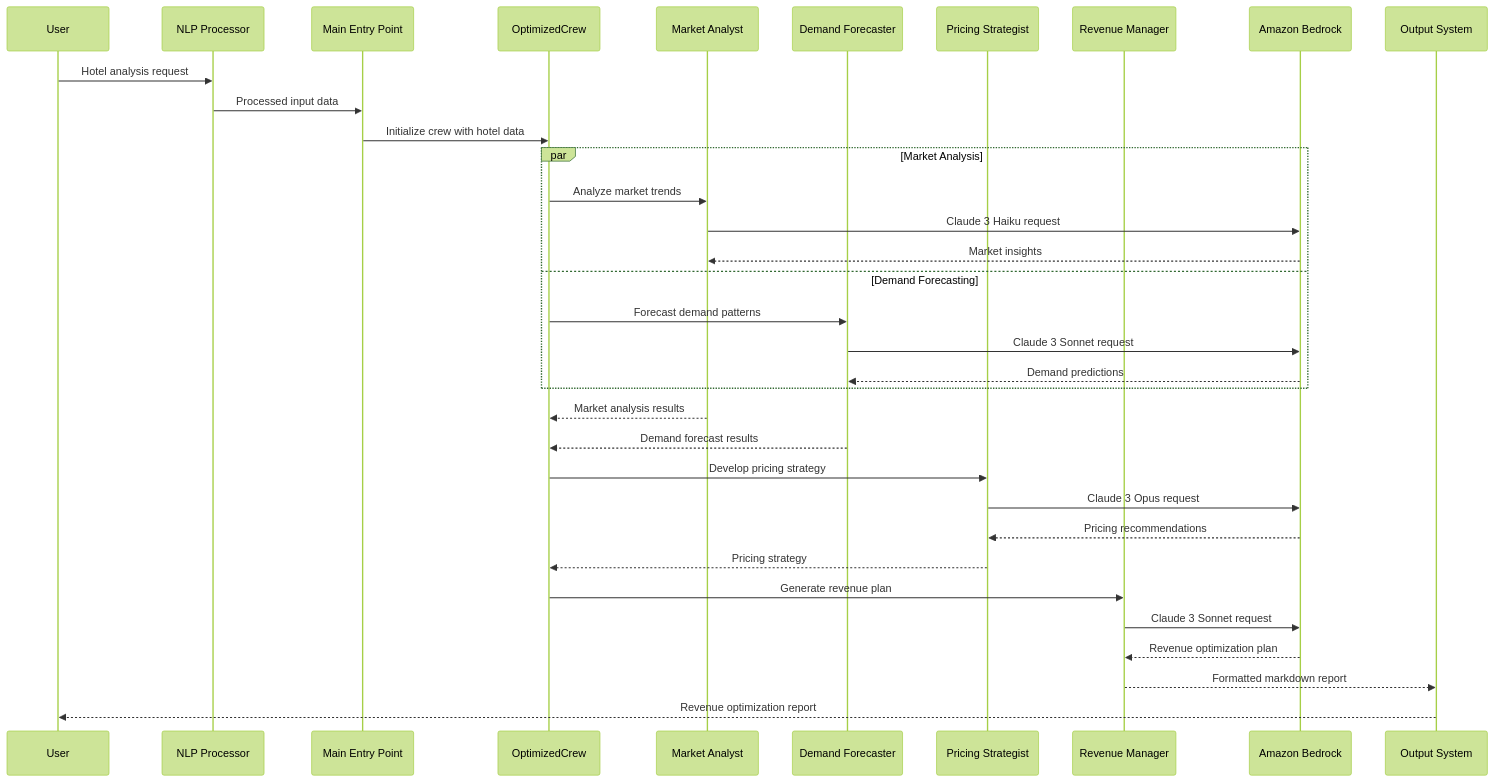
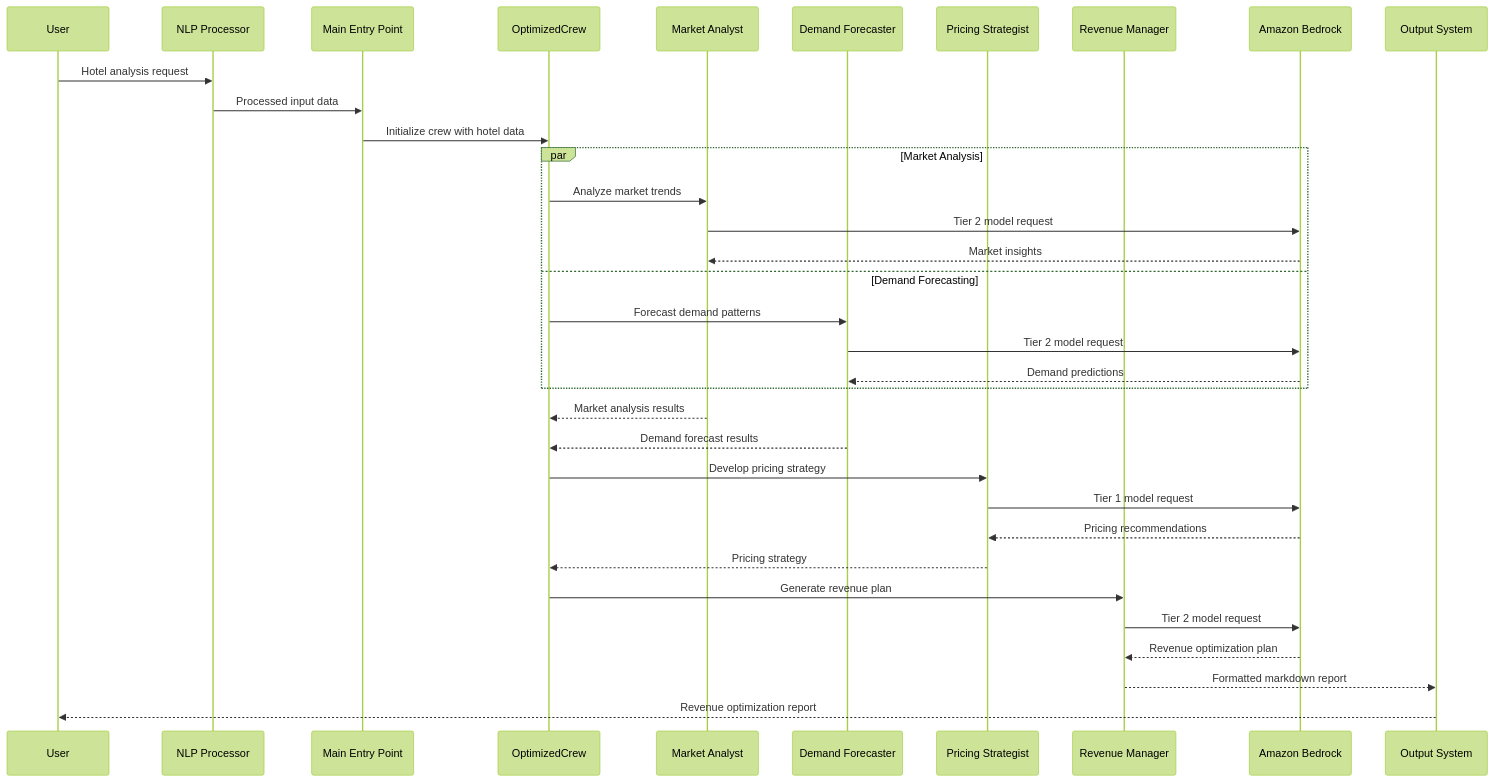
Before and after one commit to aws-samples/sample-ai-hotel-revenue-management-system: the second of 4 diagrams in hotel_revenue_optimization/README.md, drawn with Mermaid (forest theme). The commit also changed other lines of this file and 4 other files, not shown here.

````diff
--- a/hotel_revenue_optimization/README.md
+++ b/hotel_revenue_optimization/README.md
@@ -160,42 +160,42 @@
 ```mermaid
 sequenceDiagram
     participant User
     participant NLP as NLP Processor
     participant Main as Main Entry Point
     participant Crew as OptimizedCrew
     participant MA as Market Analyst
     participant DF as Demand Forecaster
     participant PS as Pricing Strategist
     participant RM as Revenue Manager
     participant Bedrock as Amazon Bedrock
     participant Output as Output System
 
     User->>NLP: Hotel analysis request
     NLP->>Main: Processed input data
     Main->>Crew: Initialize crew with hotel data
     
     par Market Analysis
         Crew->>MA: Analyze market trends
-        MA->>Bedrock: Claude 3 Haiku request
+        MA->>Bedrock: Tier 2 model request
         Bedrock-->>MA: Market insights
     and Demand Forecasting
         Crew->>DF: Forecast demand patterns
-        DF->>Bedrock: Claude 3 Sonnet request
+        DF->>Bedrock: Tier 2 model request
         Bedrock-->>DF: Demand predictions
     end
     
     MA-->>Crew: Market analysis results
     DF-->>Crew: Demand forecast results
     
     Crew->>PS: Develop pricing strategy
-    PS->>Bedrock: Claude 3 Opus request
+    PS->>Bedrock: Tier 1 model request
     Bedrock-->>PS: Pricing recommendations
     PS-->>Crew: Pricing strategy
     
     Crew->>RM: Generate revenue plan
-    RM->>Bedrock: Claude 3 Sonnet request
+    RM->>Bedrock: Tier 2 model request
     Bedrock-->>RM: Revenue optimization plan
     RM-->>Output: Formatted markdown report
     
     Output-->>User: Revenue optimization report
 ```
````
